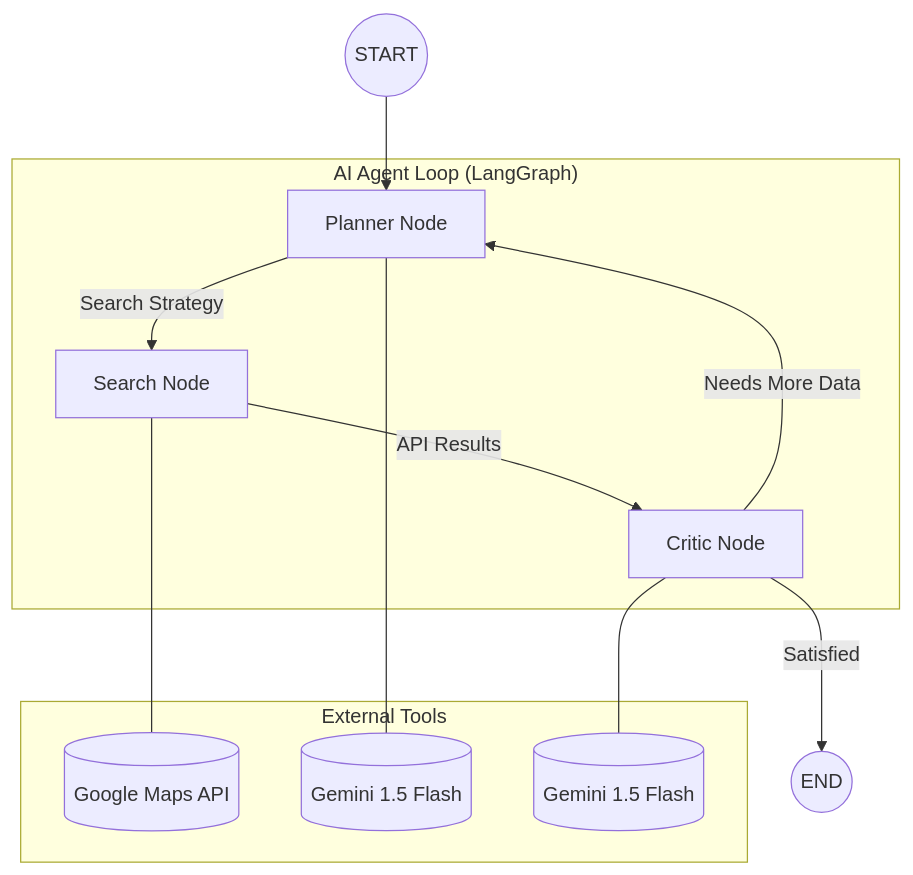
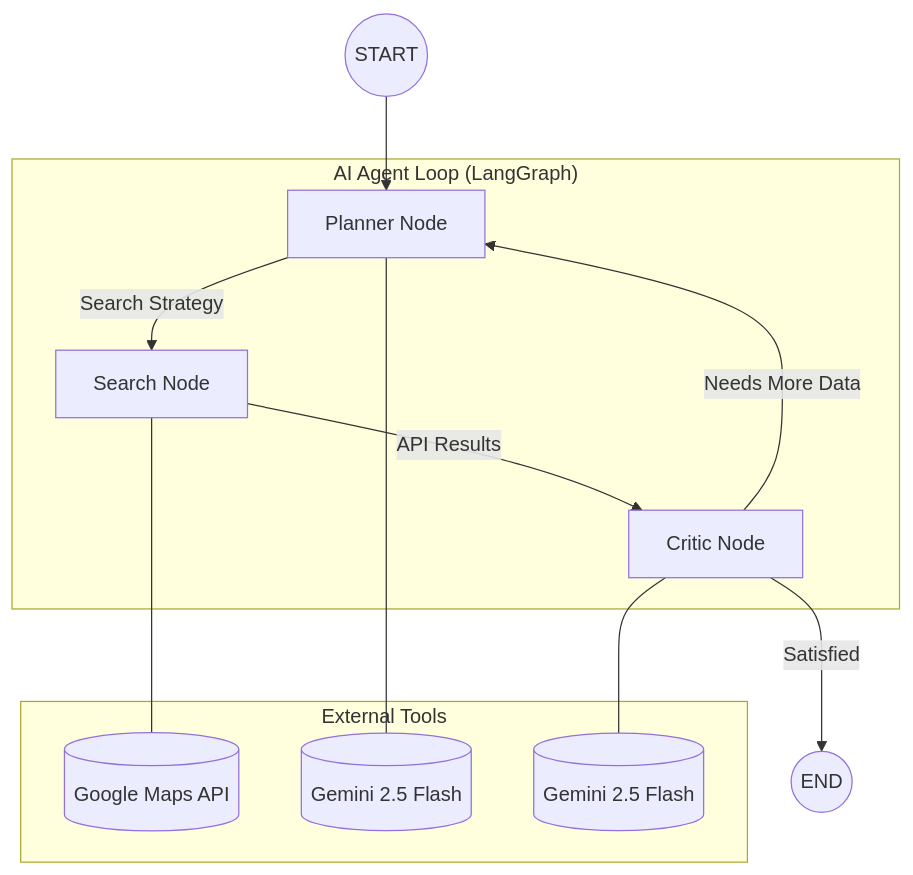
One commit to chloelovescats/property-marketing-agent changed the diagram in README.md. Above: the diagram before and after it, drawn with Mermaid. The commit also changed other lines of this file, not shown here.

````diff
--- a/README.md
+++ b/README.md
@@ -209,21 +180,21 @@
 ```mermaid
 graph TD
     Start((START)) --> Plan[Planner Node]
     Plan -->|"Search Strategy"| Search[Search Node]
     Search -->|"API Results"| Critic[Critic Node]
     
     Critic -->|Needs More Data| Plan
     Critic -->|Satisfied| Done((END))
 
     subgraph "AI Agent Loop (LangGraph)"
         Plan
         Search
         Critic
     end
 
     subgraph "External Tools"
         Search --- GMap[(Google Maps API)]
-        Plan --- Gem1[(Gemini 1.5 Flash)]
-        Critic --- Gem2[(Gemini 1.5 Flash)]
+        Plan --- Gem1[(Gemini 2.5 Flash)]
+        Critic --- Gem2[(Gemini 2.5 Flash)]
     end
 ```
````
